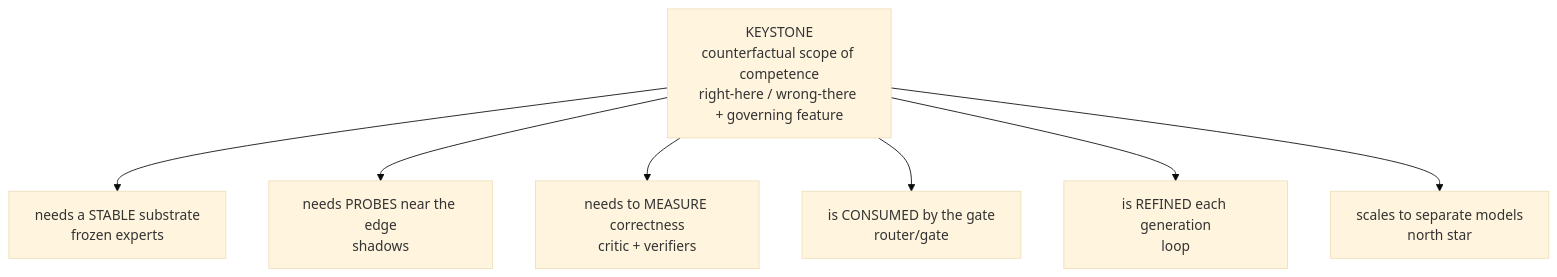
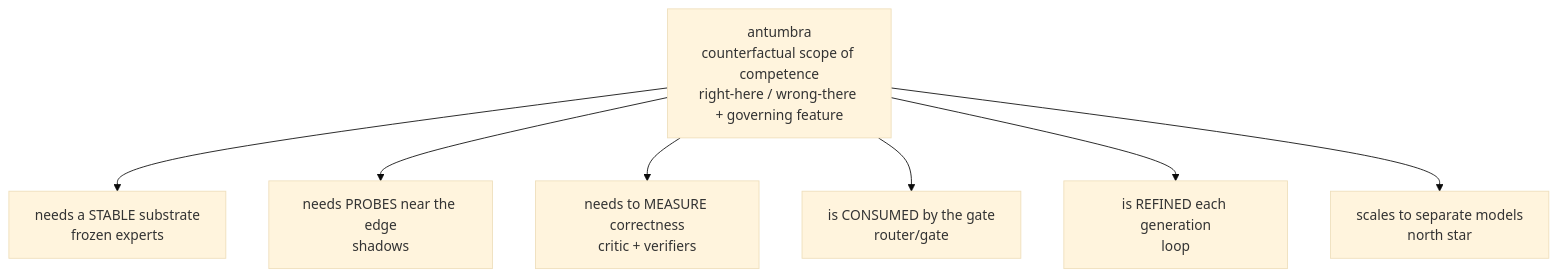
The second of 15 diagrams in docs/diagrams.md (albedosehen/antumbra), drawn with Mermaid (base theme) before and after one commit. The commit also changed other lines of this file and 22 other files, not shown here.

````diff
--- a/docs/diagrams.md
+++ b/docs/diagrams.md
@@ -32,10 +32,10 @@
 ```mermaid
 flowchart TD
-    T["KEYSTONE<br/>counterfactual scope of competence<br/>right-here / wrong-there + governing feature"]
+    T["antumbra<br/>counterfactual scope of competence<br/>right-here / wrong-there + governing feature"]
     T --> N1["needs a STABLE substrate<br/>frozen experts"]
     T --> N2["needs PROBES near the edge<br/>shadows"]
     T --> N3["needs to MEASURE correctness<br/>critic + verifiers"]
     T --> N4["is CONSUMED by the gate<br/>router/gate"]
     T --> N5["is REFINED each generation<br/>loop"]
     T --> N6["scales to separate models<br/>north star"]
 ```
````
